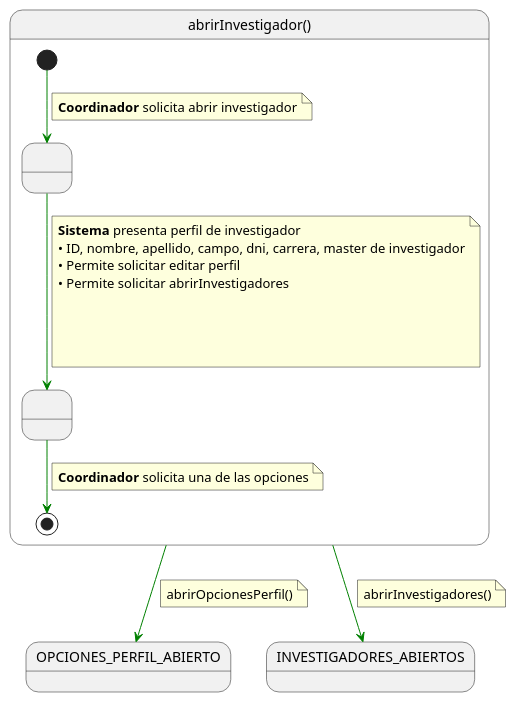
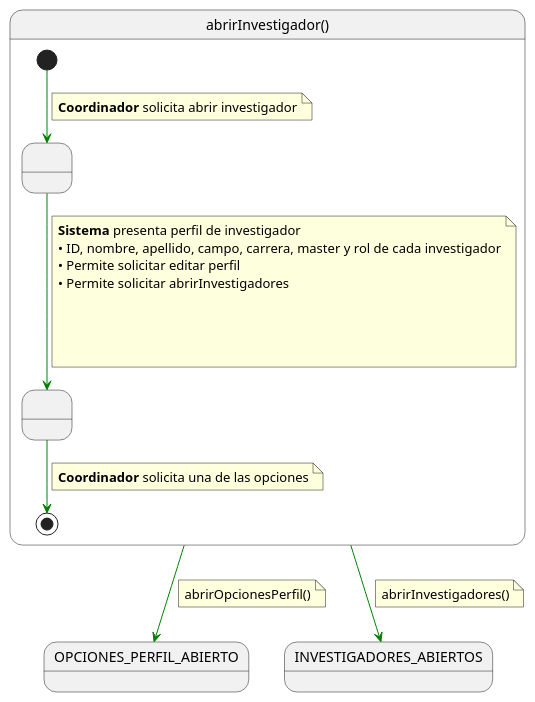
Before and after one commit to 31Diego/25-26-IdSw1-SdR: the diagram in documentación/CasosDeUso/Detalle/Coordinador/03-gestion-investigadores/abrirInvestigador.puml, drawn with PlantUML. The commit also changed 19 other files, not shown here.

Commit message:
correccion diagrama contexto

```diff
--- a/documentación/CasosDeUso/Detalle/Coordinador/03-gestion-investigadores/abrirInvestigador.puml
+++ b/documentación/CasosDeUso/Detalle/Coordinador/03-gestion-investigadores/abrirInvestigador.puml
@@ -1,44 +1,44 @@
 @startuml abrirInvestigador
 
 skinparam linetype polyline
 
 state abrirInvestigador as "abrirInvestigador()" {
 
     state " " as MostrandoLista
     state " " as FiltrandoLista
 
     [*] -[#green]-> MostrandoLista 
     note on link
     <b>Coordinador</b> solicita abrir investigador
     end note    
     
     MostrandoLista -[#green]-> FiltrandoLista
     note on link
     <b>Sistema</b> presenta perfil de investigador
-    • ID, nombre, apellido, campo, dni, carrera, master de investigador
+    • ID, nombre, apellido, campo, carrera, master y rol de cada investigador
     • Permite solicitar editar perfil
     • Permite solicitar abrirInvestigadores
 
   
     
 
     end note
     FiltrandoLista -[#green]-> [*]
     note on link
     <b>Coordinador</b> solicita una de las opciones
     end note
 }
 
 abrirInvestigador -[#green]-> OPCIONES_PERFIL_ABIERTO
 note on link
 abrirOpcionesPerfil()
 end note
 
 abrirInvestigador -[#green]-> INVESTIGADORES_ABIERTOS
 note on link
 abrirInvestigadores()
 end note
 
 
 
 @enduml
```
